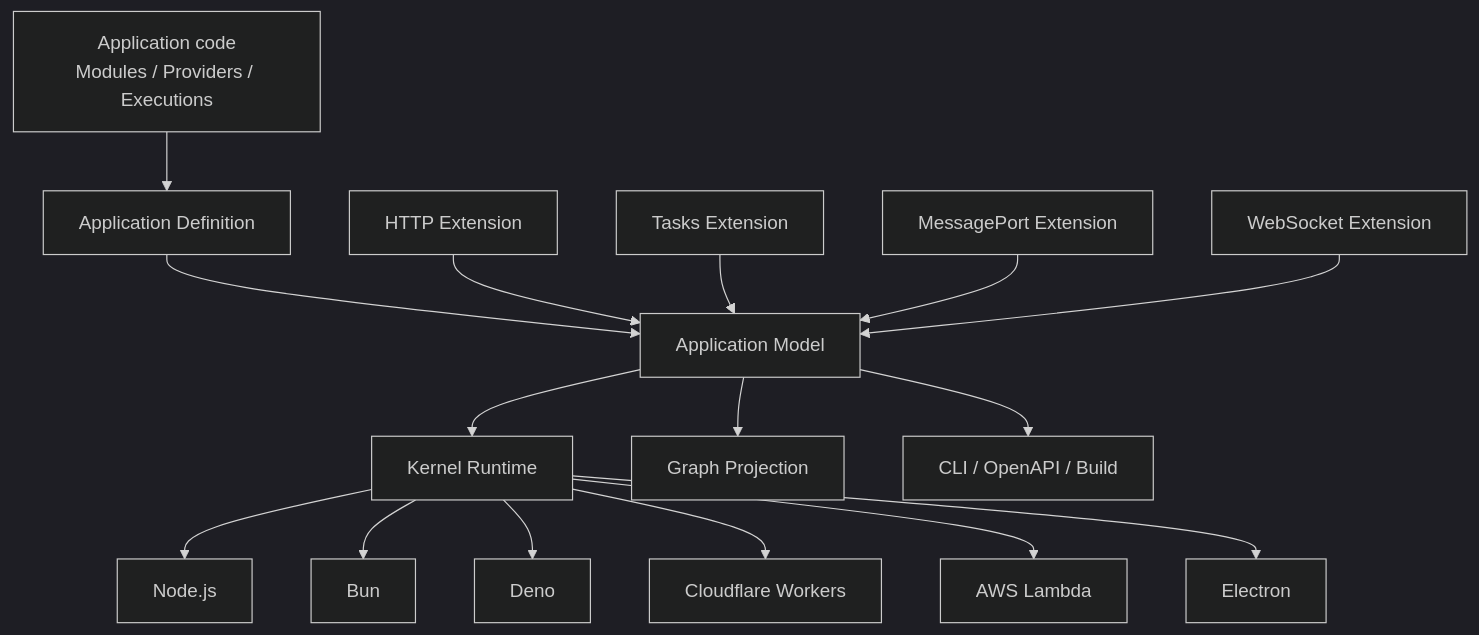
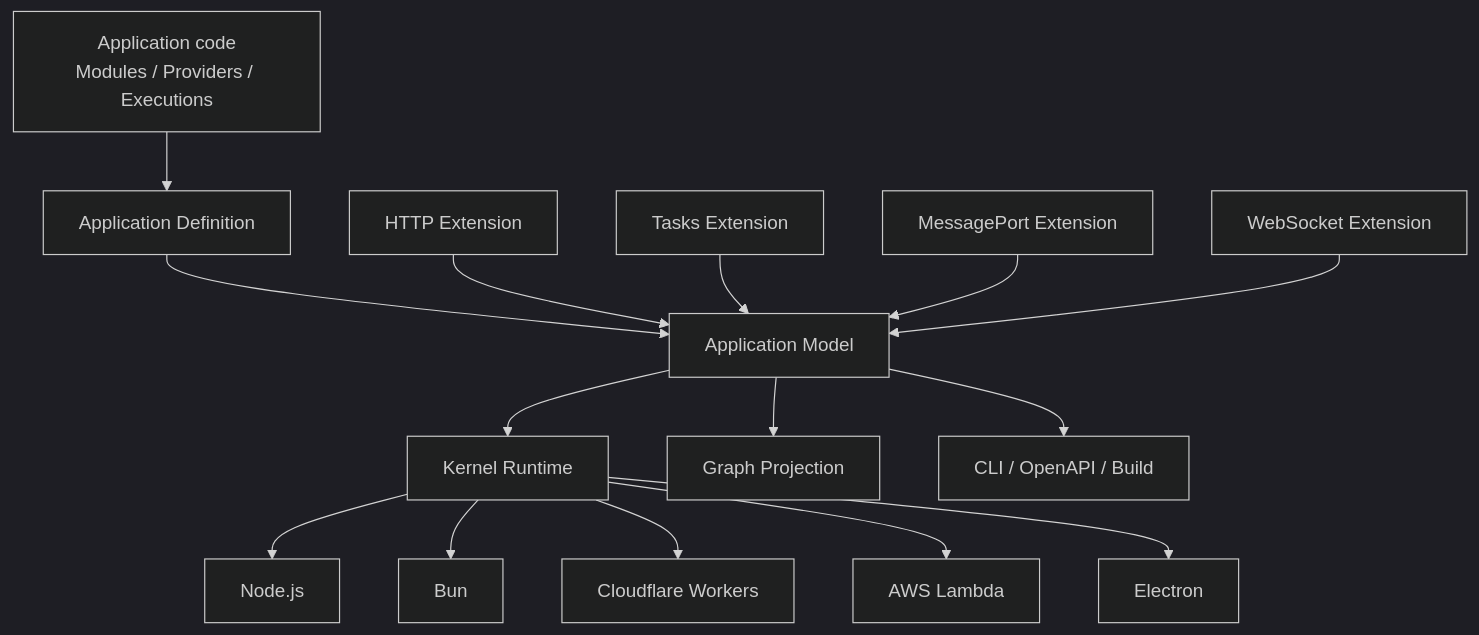
The diagram in docs/architecture.md (come25136/loutrejs), drawn with Mermaid (dark theme) before and after one commit. The commit also changed 45 other files, not shown here.

First line of the commit message:
refactor(runtime): remove Deno support (#117)

````diff
--- a/docs/architecture.md
+++ b/docs/architecture.md
@@ -9,20 +9,19 @@
 ```mermaid
 flowchart TB
   code["Application code\nModules / Providers / Executions"] --> definition["Application Definition"]
   definition --> model["Application Model"]
   model --> runtime["Kernel Runtime"]
   model --> graphProjection["Graph Projection"]
   model --> tooling["CLI / OpenAPI / Build"]
 
   http["HTTP Extension"] --> model
   tasks["Tasks Extension"] --> model
   messagePort["MessagePort Extension"] --> model
   websocket["WebSocket Extension"] --> model
 
   runtime --> node["Node.js"]
   runtime --> bun["Bun"]
-  runtime --> deno["Deno"]
   runtime --> workers["Cloudflare Workers"]
   runtime --> lambda["AWS Lambda"]
   runtime --> electron["Electron"]
 ```
````
